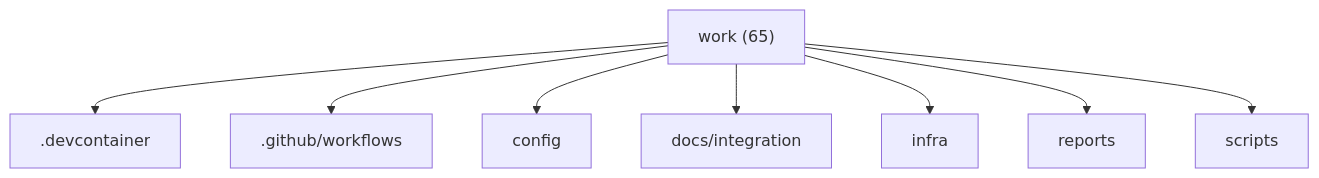
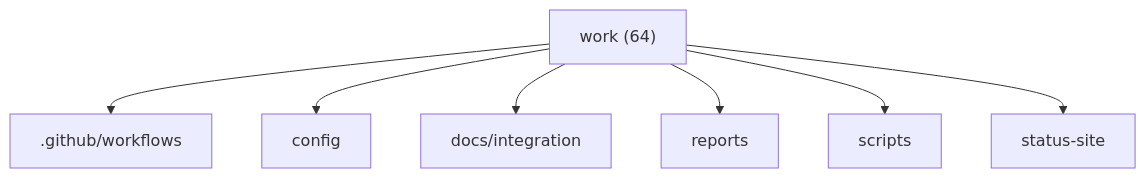
Before and after one commit to M0nado/helios-platform: the first of 3 diagrams in reports/branch-intelligence/graphs.md, drawn with Mermaid. The commit also changed other lines of this file and 21 other files, not shown here.

````diff
--- a/reports/branch-intelligence/graphs.md
+++ b/reports/branch-intelligence/graphs.md
@@ -5,11 +5,10 @@
 ```mermaid
 graph TD
-  work["work (65)"]
-  work --> _devcontainer[".devcontainer"]
+  work["work (64)"]
   work --> _github_workflows[".github/workflows"]
   work --> config["config"]
   work --> docs_integration["docs/integration"]
-  work --> infra["infra"]
   work --> reports["reports"]
   work --> scripts["scripts"]
+  work --> status_site["status-site"]
 ```
````
